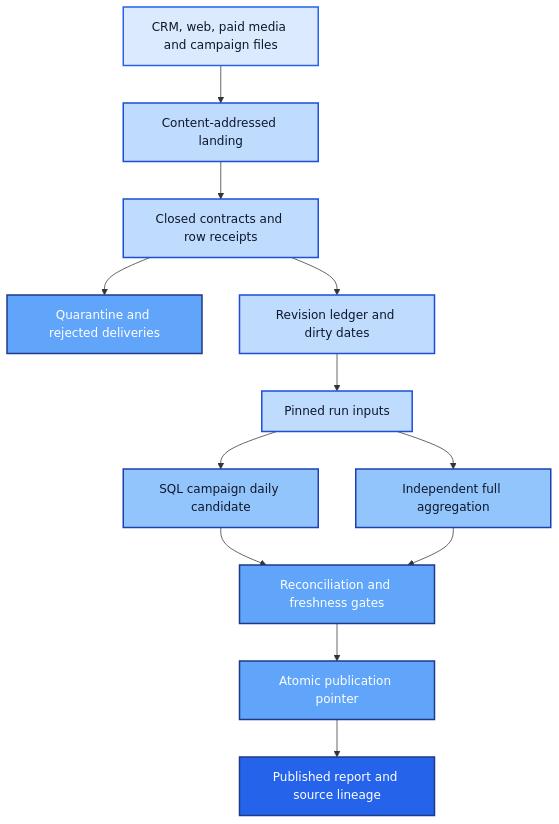
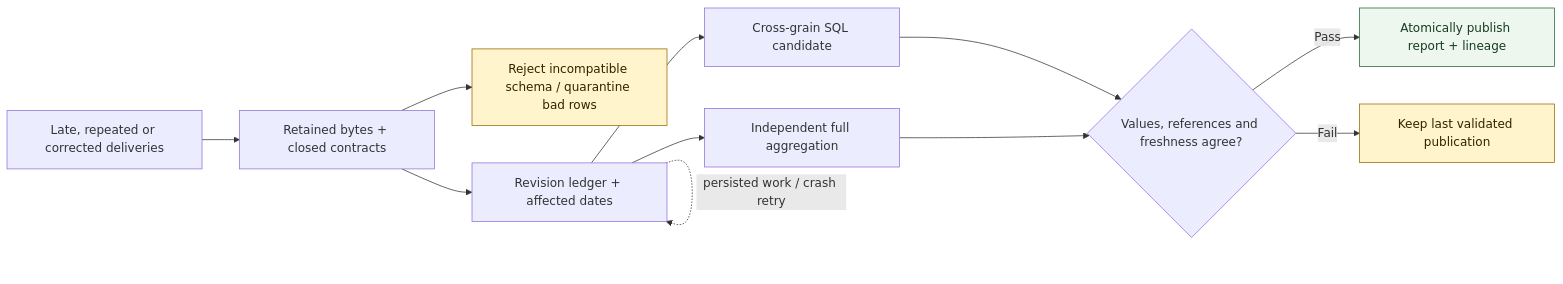
The diagram in README.md (rlbsem/martech-data-reliability), drawn with Mermaid before and after one commit. The commit also changed 4 other files, not shown here.

````diff
--- a/README.md
+++ b/README.md
@@ -24,26 +11,17 @@
 ```mermaid
-flowchart TB
-    A[CRM, web, paid media and campaign files] --> B[Content-addressed landing]
-    B --> C[Closed contracts and row receipts]
-    C --> Q[Quarantine and rejected deliveries]
-    C --> D[Revision ledger and dirty dates]
-    D --> E[Pinned run inputs]
-    E --> F[SQL campaign daily candidate]
-    E --> G[Independent full aggregation]
-    F --> H[Reconciliation and freshness gates]
-    G --> H
-    H --> I[Atomic publication pointer]
-    I --> J[Published report and source lineage]
-
-    classDef input fill:#dbeafe,stroke:#2563eb,color:#0f172a,stroke-width:2px;
-    classDef foundation fill:#bfdbfe,stroke:#1d4ed8,color:#0f172a,stroke-width:2px;
-    classDef process fill:#93c5fd,stroke:#1e40af,color:#0f172a,stroke-width:2px;
-    classDef control fill:#60a5fa,stroke:#1e3a8a,color:#ffffff,stroke-width:2px;
-    classDef output fill:#2563eb,stroke:#1e3a8a,color:#ffffff,stroke-width:2px;
-
-    class A input;
-    class B,C,D,E foundation;
-    class F,G process;
-    class Q,H,I control;
-    class J output;
+flowchart LR
+  A[Late, repeated or corrected deliveries] --> B[Retained bytes + closed contracts]
+  B --> Q[Reject incompatible schema / quarantine bad rows]
+  B --> C[Revision ledger + affected dates]
+  C --> S[Cross-grain SQL candidate]
+  C --> O[Independent full aggregation]
+  S --> G{Values, references and freshness agree?}
+  O --> G
+  G -->|Pass| P[Atomically publish report + lineage]
+  G -->|Fail| K[Keep last validated publication]
+  C -. persisted work / crash retry .-> C
+  classDef hold fill:#fff4cc,stroke:#946800,color:#302300;
+  classDef publish fill:#edf7ee,stroke:#246634,color:#163b20;
+  class Q,K hold;
+  class P publish;
 ```
````
